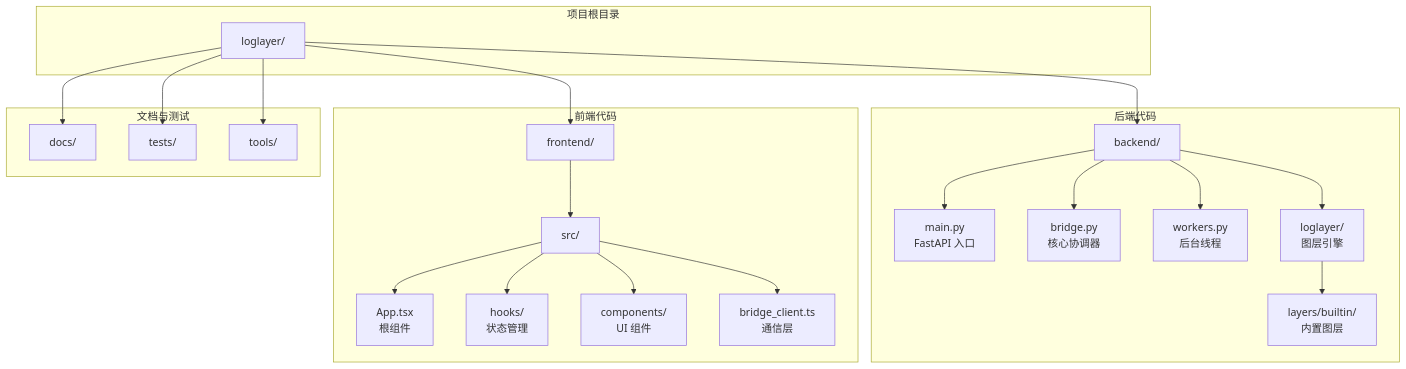
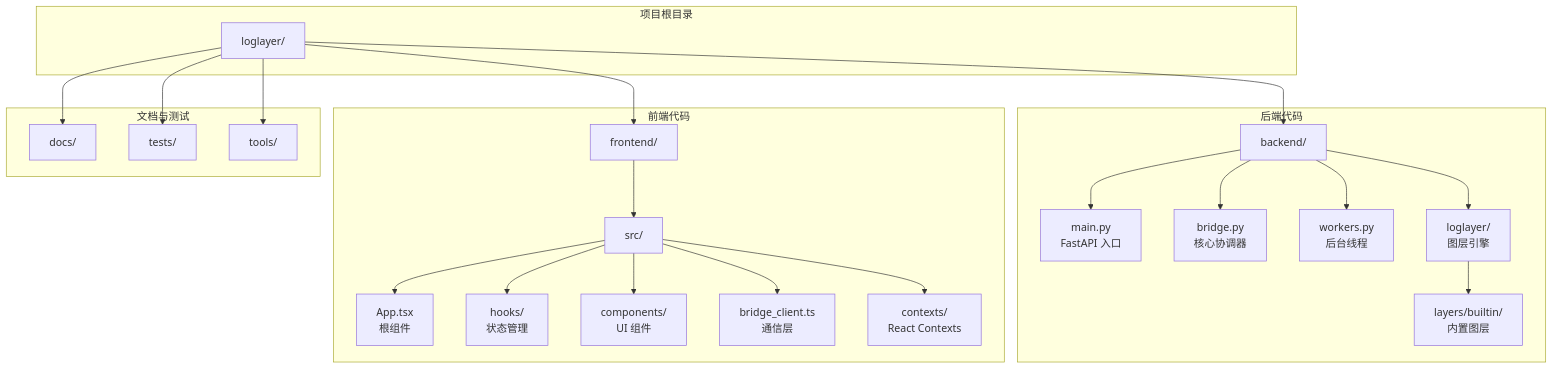
The third of 25 diagrams in megatron_mermaid.md (qmjianda/loglayer), drawn with Mermaid before and after one commit. The commit also changed other lines of this file, not shown here.

First line of the commit message:
docs: update architecture diagram for OOP refactoring

````diff
--- a/megatron_mermaid.md
+++ b/megatron_mermaid.md
@@ -119,48 +120,50 @@
 ```mermaid
 graph TB
     subgraph "项目根目录"
         ROOT[loglayer/]
     end
     
     subgraph "后端代码"
         BACKEND[backend/]
         B_MAIN[main.py<br/>FastAPI 入口]
         B_BRIDGE[bridge.py<br/>核心协调器]
         B_WORKERS[workers.py<br/>后台线程]
         B_LOGLAYER[loglayer/<br/>图层引擎]
         B_BUILTIN[layers/builtin/<br/>内置图层]
     end
     
     subgraph "前端代码"
         FRONTEND[frontend/]
         F_SRC[src/]
         F_APP[App.tsx<br/>根组件]
         F_HOOKS[hooks/<br/>状态管理]
         F_COMP[components/<br/>UI 组件]
         F_BRIDGE[bridge_client.ts<br/>通信层]
+        F_CTX[contexts/<br/>React Contexts]
     end
     
     subgraph "文档与测试"
         DOCS[docs/]
         TESTS[tests/]
         TOOLS[tools/]
     end
     
     ROOT --> BACKEND
     ROOT --> FRONTEND
     ROOT --> DOCS
     ROOT --> TESTS
     ROOT --> TOOLS
     
     BACKEND --> B_MAIN
     BACKEND --> B_BRIDGE
     BACKEND --> B_WORKERS
     BACKEND --> B_LOGLAYER
     B_LOGLAYER --> B_BUILTIN
     
     FRONTEND --> F_SRC
     F_SRC --> F_APP
     F_SRC --> F_HOOKS
     F_SRC --> F_COMP
     F_SRC --> F_BRIDGE
+    F_SRC --> F_CTX
 ```
````
